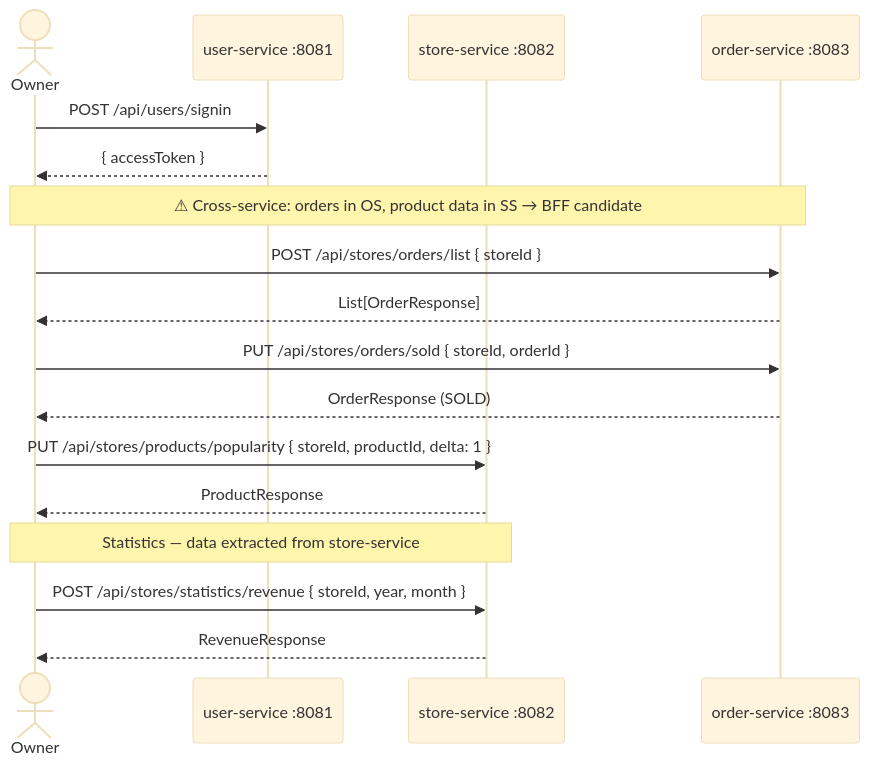
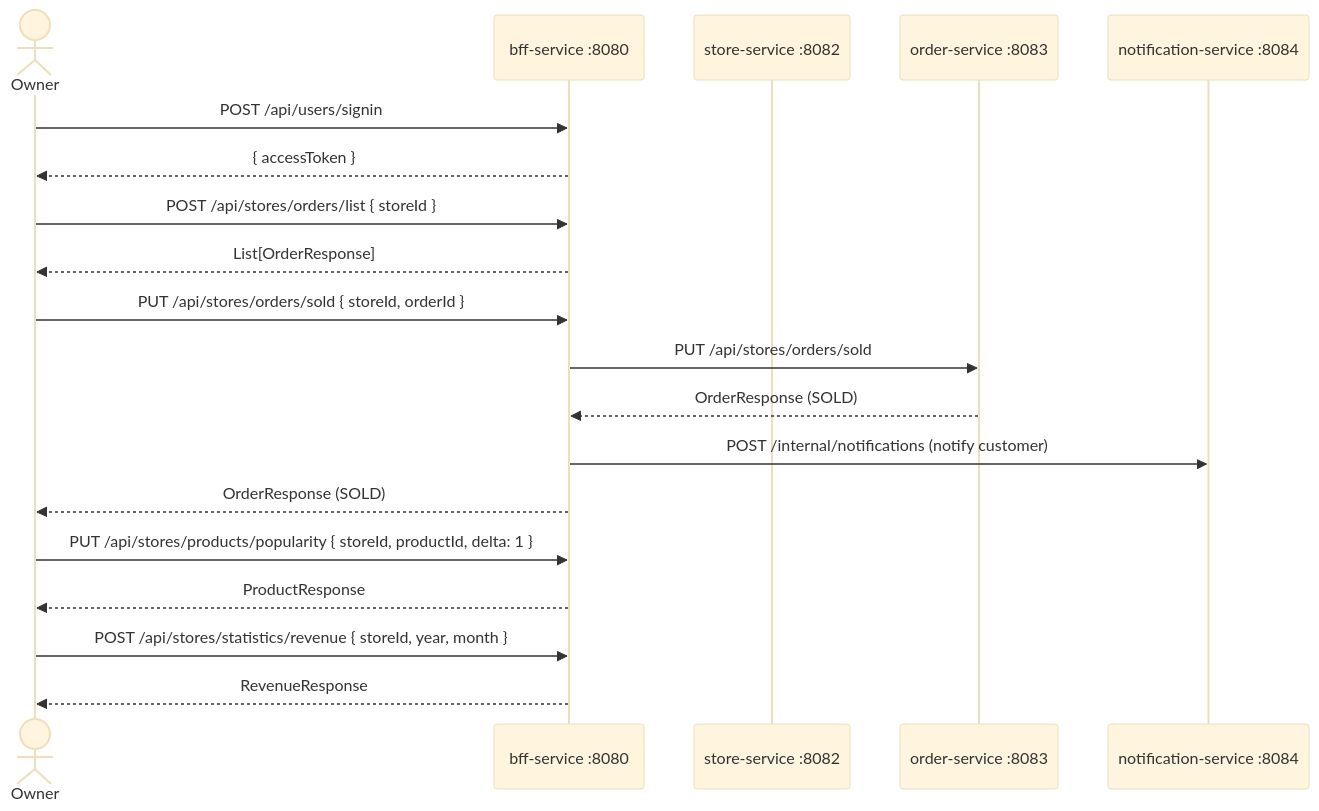
The third of 5 diagrams in README.md (proLmpa/Deliprac), drawn with Mermaid (base theme) before and after one commit. The commit also changed other lines of this file, not shown here.

First line of the commit message:
Restore README: add notification-service, BFF-triggered notifications, remove Kafka

````diff
--- a/README.md
+++ b/README.md
@@ -192,23 +209,26 @@
 ```mermaid
 sequenceDiagram
     actor Ow as Owner
-    participant US as user-service :8081
+    participant BFF as bff-service :8080
     participant SS as store-service :8082
     participant OS as order-service :8083
+    participant NS as notification-service :8084
 
-    Ow->>US: POST /api/users/signin
-    US-->>Ow: { accessToken }
+    Ow->>BFF: POST /api/users/signin
+    BFF-->>Ow: { accessToken }
 
-    Note over Ow,OS: ⚠ Cross-service: orders in OS, product data in SS → BFF candidate
-    Ow->>OS: POST /api/stores/orders/list { storeId }
-    OS-->>Ow: List[OrderResponse]
-    Ow->>OS: PUT /api/stores/orders/sold { storeId, orderId }
-    OS-->>Ow: OrderResponse (SOLD)
+    Ow->>BFF: POST /api/stores/orders/list { storeId }
+    BFF-->>Ow: List[OrderResponse]
 
-    Ow->>SS: PUT /api/stores/products/popularity { storeId, productId, delta: 1 }
-    SS-->>Ow: ProductResponse
+    Ow->>BFF: PUT /api/stores/orders/sold { storeId, orderId }
+    BFF->>OS: PUT /api/stores/orders/sold
+    OS-->>BFF: OrderResponse (SOLD)
+    BFF->>NS: POST /internal/notifications (notify customer)
+    BFF-->>Ow: OrderResponse (SOLD)
 
-    Note over Ow,SS: Statistics — data extracted from store-service
-    Ow->>SS: POST /api/stores/statistics/revenue { storeId, year, month }
-    SS-->>Ow: RevenueResponse
+    Ow->>BFF: PUT /api/stores/products/popularity { storeId, productId, delta: 1 }
+    BFF-->>Ow: ProductResponse
+
+    Ow->>BFF: POST /api/stores/statistics/revenue { storeId, year, month }
+    BFF-->>Ow: RevenueResponse
 ```
````
